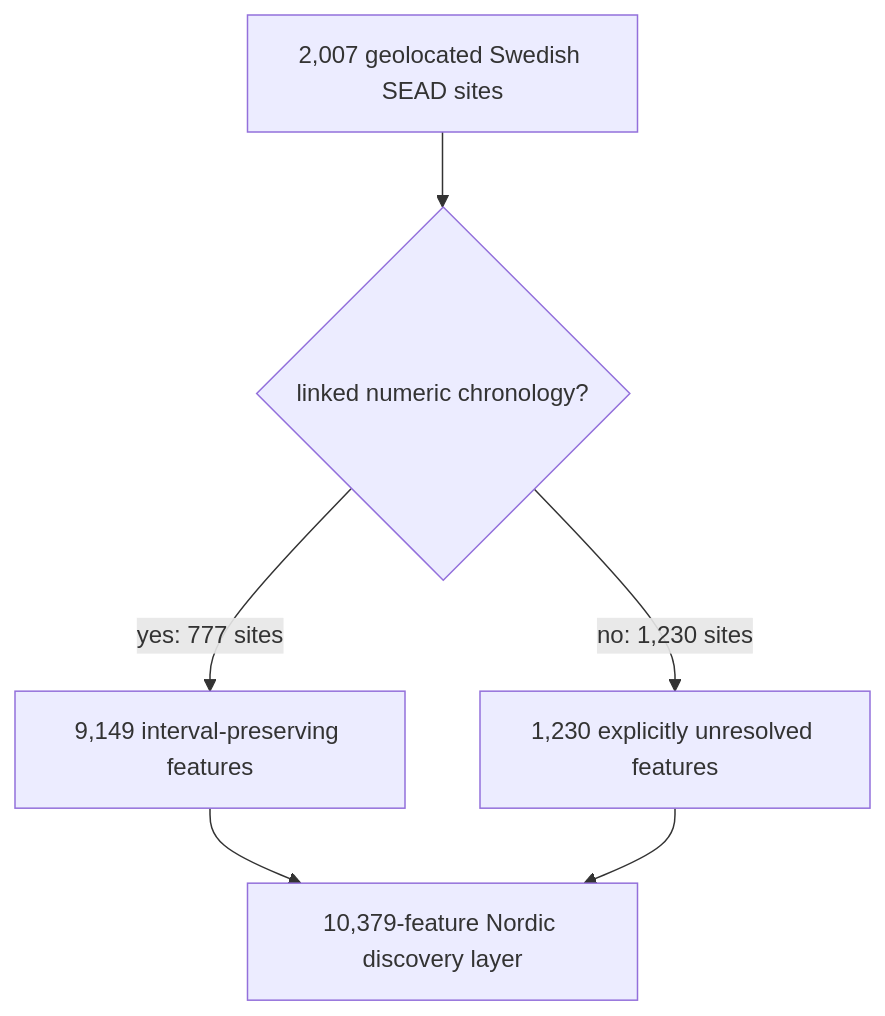
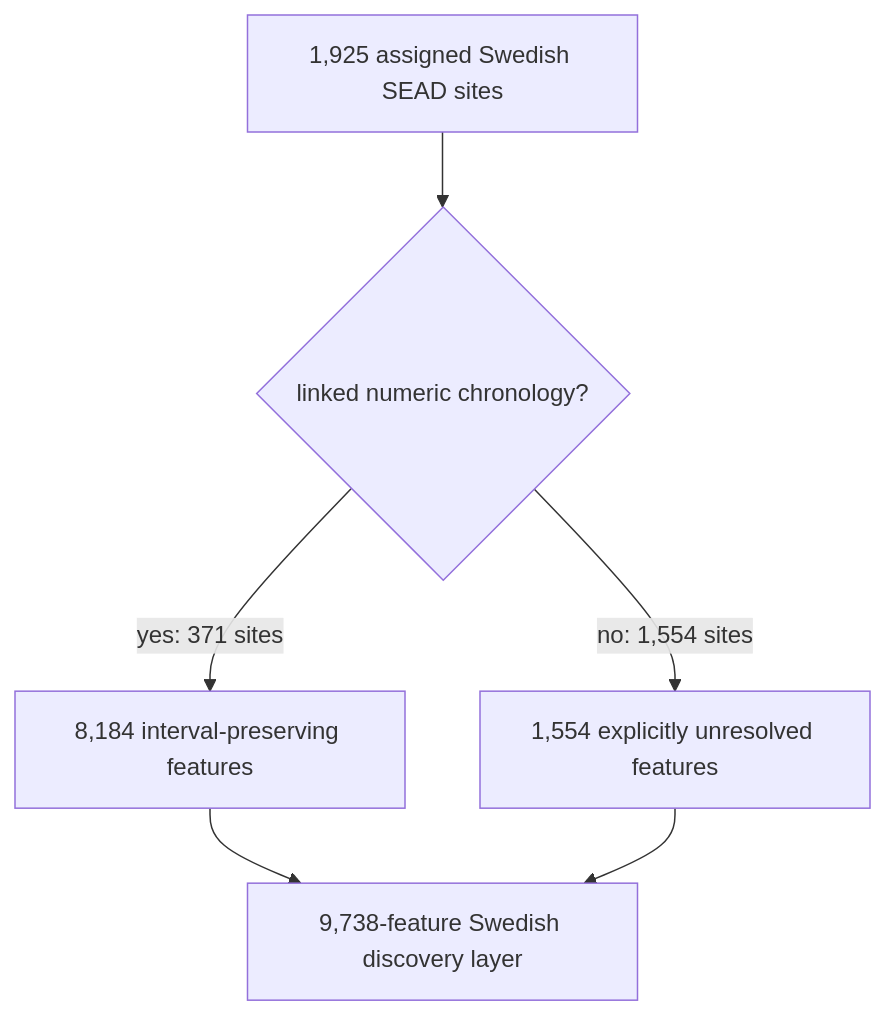
Before and after one commit to bijux/bijux-pollenomics: the first of 2 diagrams in docs/public/pollenomics-data/publications/archaeology-site-discovery.md, drawn with Mermaid. The commit also changed other lines of this file and 19 other files, not shown here.

````diff
--- a/docs/public/pollenomics-data/publications/archaeology-site-discovery.md
+++ b/docs/public/pollenomics-data/publications/archaeology-site-discovery.md
@@ -39,8 +39,8 @@
 ```mermaid
 flowchart TD
-    Sweden["2,007 geolocated Swedish SEAD sites"] --> Time{"linked numeric chronology?"}
-    Time -->|yes: 777 sites| Intervals["9,149 interval-preserving features"]
-    Time -->|no: 1,230 sites| Unresolved["1,230 explicitly unresolved features"]
-    Intervals --> Atlas["10,379-feature Nordic discovery layer"]
+    Sweden["1,925 assigned Swedish SEAD sites"] --> Time{"linked numeric chronology?"}
+    Time -->|yes: 371 sites| Intervals["8,184 interval-preserving features"]
+    Time -->|no: 1,554 sites| Unresolved["1,554 explicitly unresolved features"]
+    Intervals --> Atlas["9,738-feature Swedish discovery layer"]
     Unresolved --> Atlas
 ```
````
